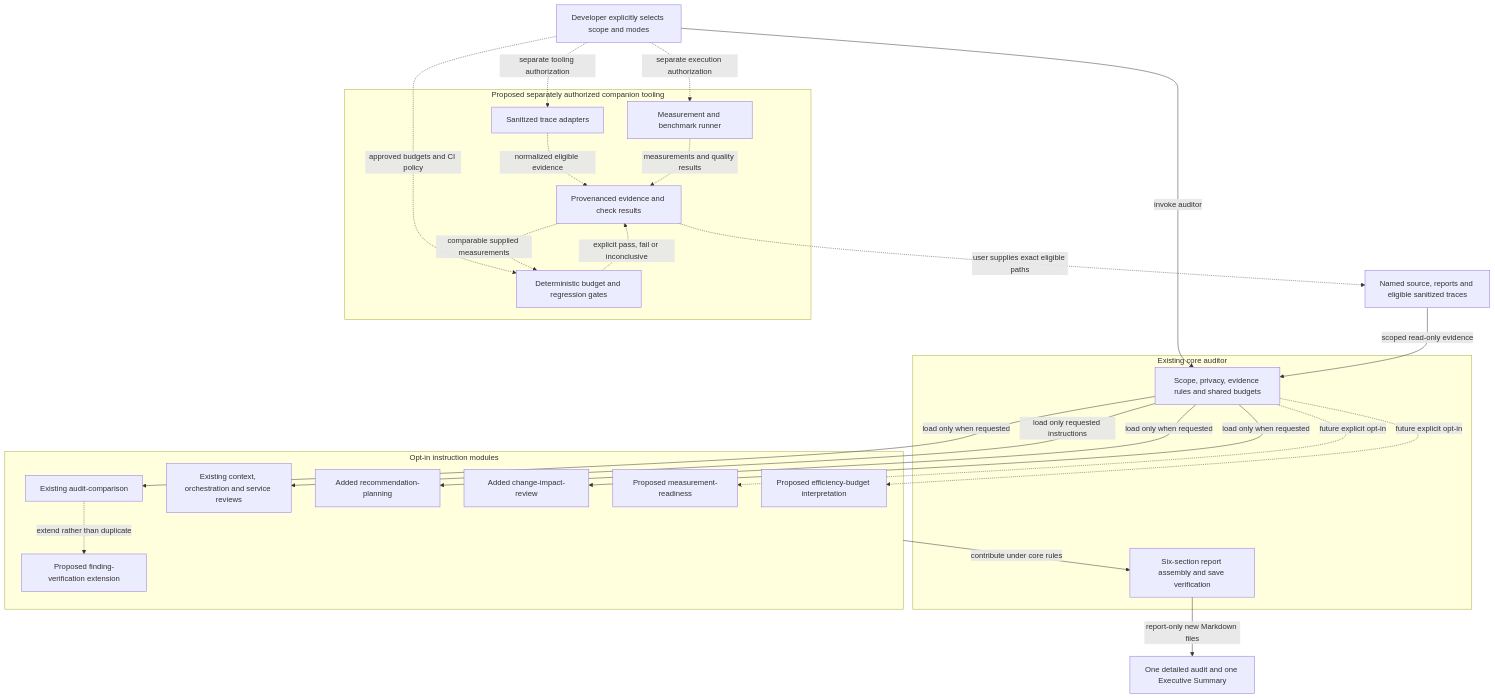
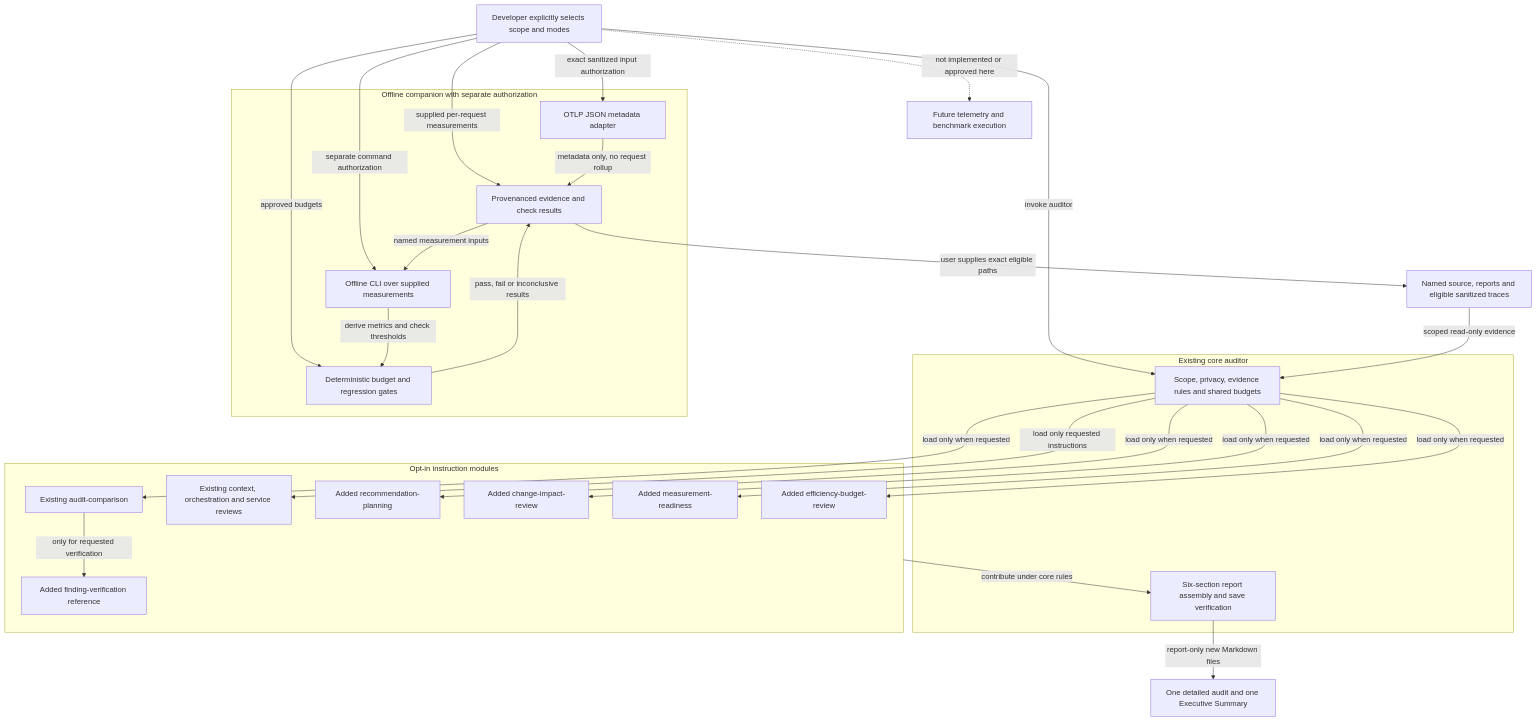
Before and after one commit to fbabaei/ai-efficiency-performance-auditor: the first of 2 diagrams in .github/modernize/assessment/engines/facts/architecture-diagram.md, drawn with Mermaid. The commit also changed other lines of this file and 24 other files, not shown here.

Commit message:
Add offline efficiency tooling and remaining advisory modules

````diff
--- a/.github/modernize/assessment/engines/facts/architecture-diagram.md
+++ b/.github/modernize/assessment/engines/facts/architecture-diagram.md
@@ -15,50 +16,53 @@
 ```mermaid
 flowchart TD
     AUser["Developer explicitly selects scope and modes"]
     AEvidence["Named source, reports and eligible sanitized traces"]
 
     subgraph ACore["Existing core auditor"]
         ACoordinator["Scope, privacy, evidence rules and shared budgets"]
         AReporting["Six-section report assembly and save verification"]
     end
 
     subgraph ASkills["Opt-in instruction modules"]
         AReviews["Existing context, orchestration and service reviews"]
         AComparison["Existing audit-comparison"]
         APlanning["Added recommendation-planning"]
         AChange["Added change-impact-review"]
-        AMeasurement["Proposed measurement-readiness"]
-        AVerification["Proposed finding-verification extension"]
-        ABudgetAdvice["Proposed efficiency-budget interpretation"]
+        AMeasurement["Added measurement-readiness"]
+        AVerification["Added finding-verification reference"]
+        ABudgetAdvice["Added efficiency-budget-review"]
     end
 
     AReports["One detailed audit and one Executive Summary"]
 
-    subgraph ATooling["Proposed separately authorized companion tooling"]
-        AAdapters["Sanitized trace adapters"]
-        ARunner["Measurement and benchmark runner"]
+    subgraph ATooling["Offline companion with separate authorization"]
+        AAdapters["OTLP JSON metadata adapter"]
+        ARunner["Offline CLI over supplied measurements"]
         AGates["Deterministic budget and regression gates"]
         AArtifacts["Provenanced evidence and check results"]
     end
+    ALive["Future telemetry and benchmark execution"]
 
     AUser -->|"invoke auditor"| ACoordinator
     AEvidence -->|"scoped read-only evidence"| ACoordinator
     ACoordinator -->|"load only requested instructions"| AReviews
     ACoordinator -->|"load only when requested"| AComparison
     ACoordinator -->|"load only when requested"| APlanning
     ACoordinator -->|"load only when requested"| AChange
-    ACoordinator -.->|"future explicit opt-in"| AMeasurement
-    AComparison -.->|"extend rather than duplicate"| AVerification
-    ACoordinator -.->|"future explicit opt-in"| ABudgetAdvice
+    ACoordinator -->|"load only when requested"| AMeasurement
+    AComparison -->|"only for requested verification"| AVerification
+    ACoordinator -->|"load only when requested"| ABudgetAdvice
     ASkills -->|"contribute under core rules"| AReporting
     AReporting -->|"report-only new Markdown files"| AReports
 
-    AUser -.->|"separate tooling authorization"| AAdapters
-    AUser -.->|"separate execution authorization"| ARunner
-    AUser -.->|"approved budgets and CI policy"| AGates
-    AAdapters -.->|"normalized eligible evidence"| AArtifacts
-    ARunner -.->|"measurements and quality results"| AArtifacts
-    AArtifacts -.->|"comparable supplied measurements"| AGates
-    AGates -.->|"explicit pass, fail or inconclusive"| AArtifacts
-    AArtifacts -.->|"user supplies exact eligible paths"| AEvidence
+    AUser -->|"exact sanitized input authorization"| AAdapters
+    AUser -->|"separate command authorization"| ARunner
+    AUser -->|"approved budgets"| AGates
+    AUser -->|"supplied per-request measurements"| AArtifacts
+    AAdapters -->|"metadata only, no request rollup"| AArtifacts
+    AArtifacts -->|"named measurement inputs"| ARunner
+    ARunner -->|"derive metrics and check thresholds"| AGates
+    AGates -->|"pass, fail or inconclusive results"| AArtifacts
+    AArtifacts -->|"user supplies exact eligible paths"| AEvidence
+    AUser -.->|"not implemented or approved here"| ALive
 ```
````
